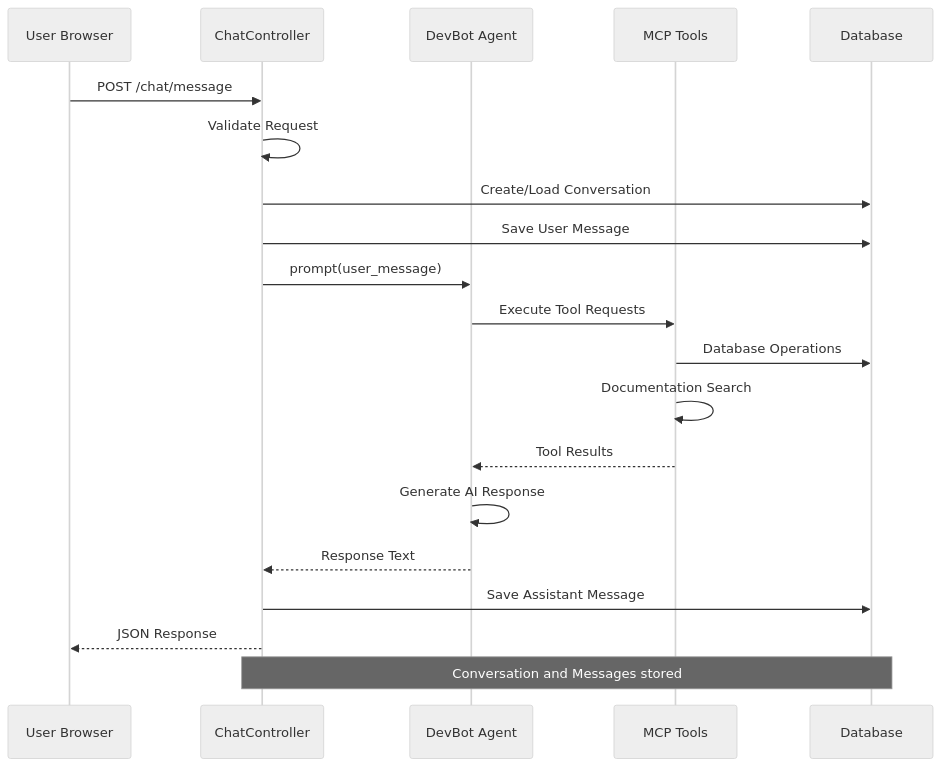
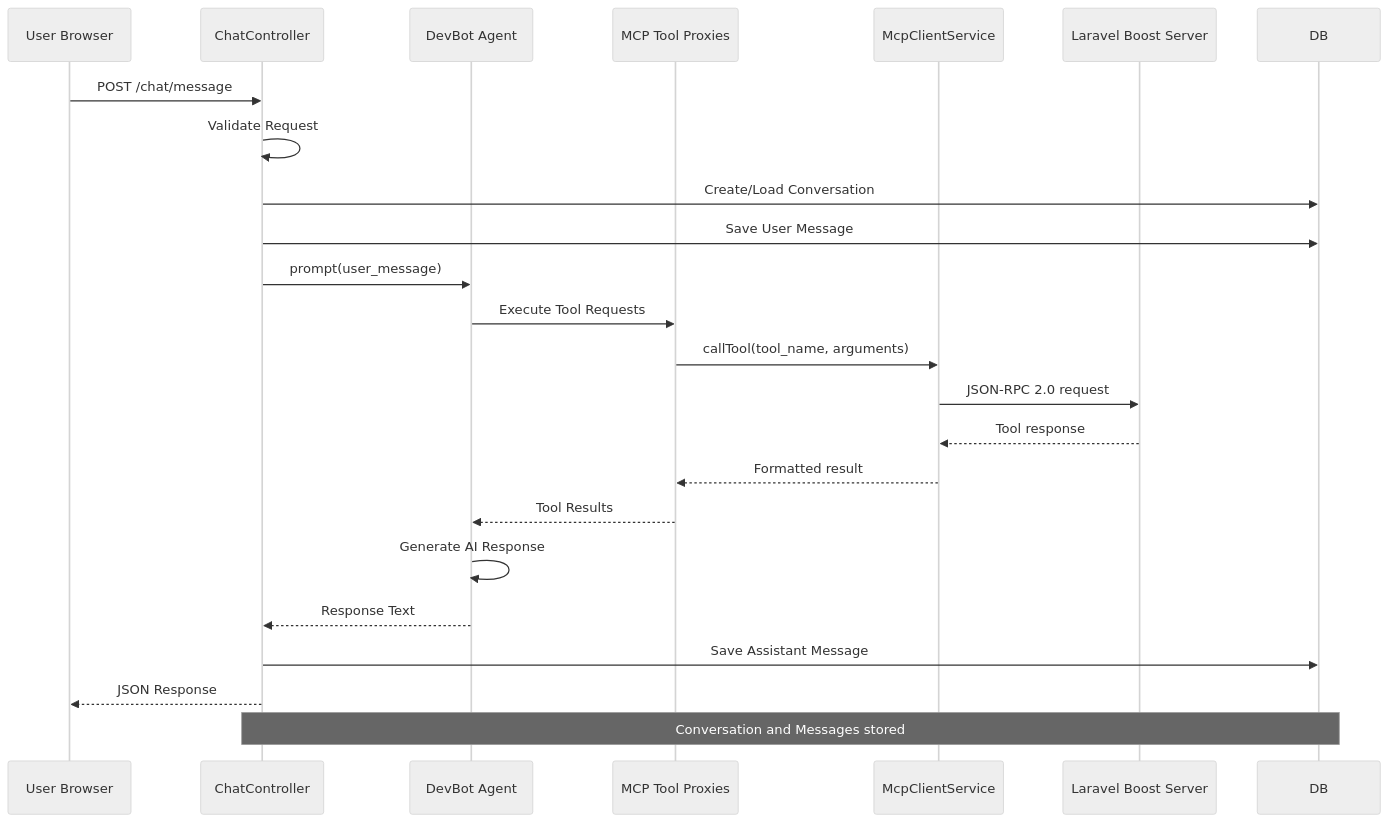
One commit to siimliimand/laravel-assistant changed the third of 20 diagrams in .qoder/repowiki/en/content/AI Integration System/Agent System/DevBot AI Agent System.md. Above: the diagram before and after it, drawn with Mermaid (neutral theme). The commit also changed other lines of this file and 7 other files, not shown here.

First line of the commit message:
feat(mcp-client): integrate MCP protocol client service for DevBot AI agent tools

````diff
--- a/.qoder/repowiki/en/content/AI Integration System/Agent System/DevBot AI Agent System.md
+++ b/.qoder/repowiki/en/content/AI Integration System/Agent System/DevBot AI Agent System.md
@@ -188,22 +208,25 @@
 ```mermaid
 sequenceDiagram
 participant User as User Browser
 participant Controller as ChatController
 participant Agent as DevBot Agent
-participant Tools as MCP Tools
-participant DB as Database
+participant Tools as MCP Tool Proxies
+participant McpService as McpClientService
+participant Boost as Laravel Boost Server
 User->>Controller : POST /chat/message
 Controller->>Controller : Validate Request
 Controller->>DB : Create/Load Conversation
 Controller->>DB : Save User Message
 Controller->>Agent : prompt(user_message)
 Agent->>Tools : Execute Tool Requests
-Tools->>DB : Database Operations
-Tools->>Tools : Documentation Search
+Tools->>McpService : callTool(tool_name, arguments)
+McpService->>Boost : JSON-RPC 2.0 request
+Boost-->>McpService : Tool response
+McpService-->>Tools : Formatted result
 Tools-->>Agent : Tool Results
 Agent->>Agent : Generate AI Response
 Agent-->>Controller : Response Text
 Controller->>DB : Save Assistant Message
 Controller-->>User : JSON Response
 Note over Controller,DB : Conversation and Messages stored
 ```
````
